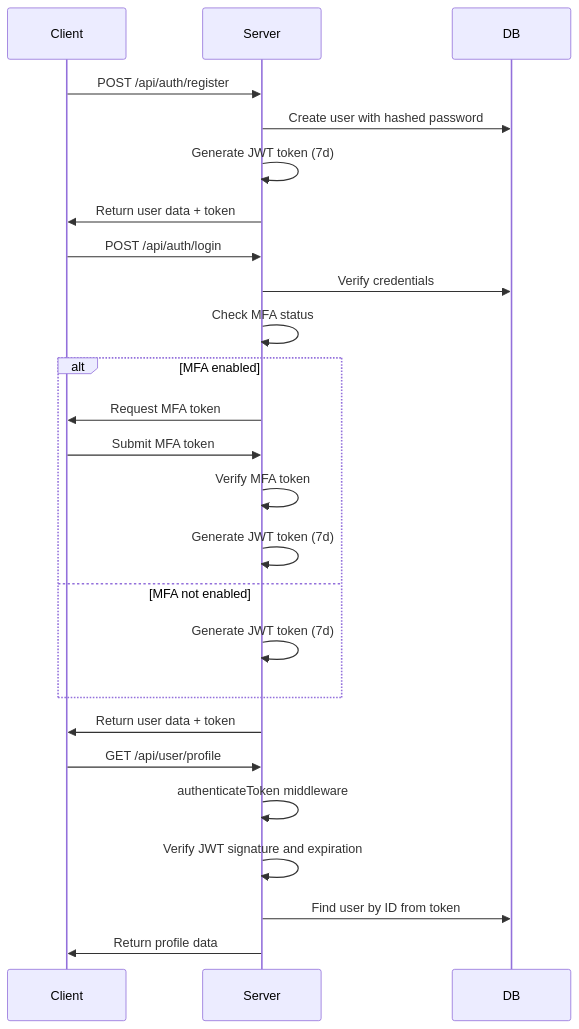
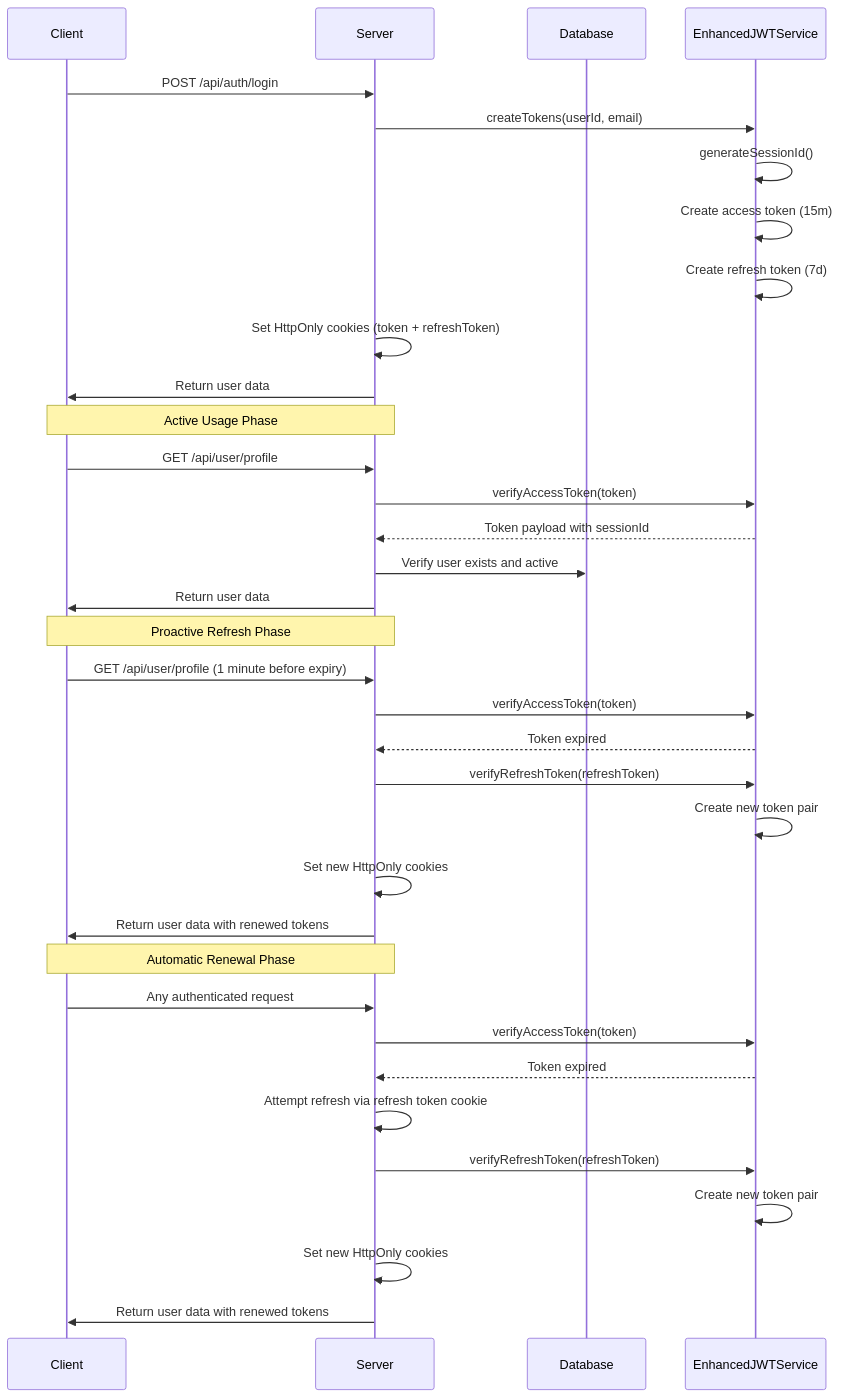
The first of 4 diagrams in .qoder/repowiki/en/content/Backend Architecture/Authentication Module.md (Brimstow/ThumPiks), drawn with Mermaid before and after one commit. The commit also changed other lines of this file and 900 other files, not shown here.

````diff
--- a/.qoder/repowiki/en/content/Backend Architecture/Authentication Module.md
+++ b/.qoder/repowiki/en/content/Backend Architecture/Authentication Module.md
@@ -52,27 +55,37 @@
 ```mermaid
 sequenceDiagram
 participant Client
 participant Server
-participant DB
-Client->>Server : POST /api/auth/register
-Server->>DB : Create user with hashed password
-Server->>Server : Generate JWT token (7d)
-Server->>Client : Return user data + token
+participant Database
+participant EnhancedJWTService
 Client->>Server : POST /api/auth/login
-Server->>DB : Verify credentials
-Server->>Server : Check MFA status
-alt MFA enabled
-Server->>Client : Request MFA token
-Client->>Server : Submit MFA token
-Server->>Server : Verify MFA token
-Server->>Server : Generate JWT token (7d)
-else MFA not enabled
-Server->>Server : Generate JWT token (7d)
-end
-Server->>Client : Return user data + token
+Server->>EnhancedJWTService : createTokens(userId, email)
+EnhancedJWTService->>EnhancedJWTService : generateSessionId()
+EnhancedJWTService->>EnhancedJWTService : Create access token (15m)
+EnhancedJWTService->>EnhancedJWTService : Create refresh token (7d)
+Server->>Server : Set HttpOnly cookies (token + refreshToken)
+Server->>Client : Return user data
+Note over Client,Server : Active Usage Phase
 Client->>Server : GET /api/user/profile
-Server->>Server : authenticateToken middleware
-Server->>Server : Verify JWT signature and expiration
-Server->>DB : Find user by ID from token
-Server->>Client : Return profile data
+Server->>EnhancedJWTService : verifyAccessToken(token)
+EnhancedJWTService-->>Server : Token payload with sessionId
+Server->>Database : Verify user exists and active
+Server->>Client : Return user data
+Note over Client,Server : Proactive Refresh Phase
+Client->>Server : GET /api/user/profile (1 minute before expiry)
+Server->>EnhancedJWTService : verifyAccessToken(token)
+EnhancedJWTService-->>Server : Token expired
+Server->>EnhancedJWTService : verifyRefreshToken(refreshToken)
+EnhancedJWTService->>EnhancedJWTService : Create new token pair
+Server->>Server : Set new HttpOnly cookies
+Server->>Client : Return user data with renewed tokens
+Note over Client,Server : Automatic Renewal Phase
+Client->>Server : Any authenticated request
+Server->>EnhancedJWTService : verifyAccessToken(token)
+EnhancedJWTService-->>Server : Token expired
+Server->>Server : Attempt refresh via refresh token cookie
+Server->>EnhancedJWTService : verifyRefreshToken(refreshToken)
+EnhancedJWTService->>EnhancedJWTService : Create new token pair
+Server->>Server : Set new HttpOnly cookies
+Server->>Client : Return user data with renewed tokens
 ```
````
